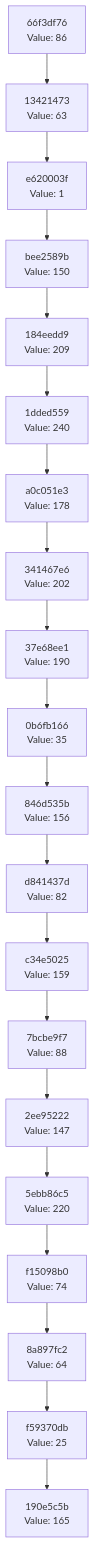
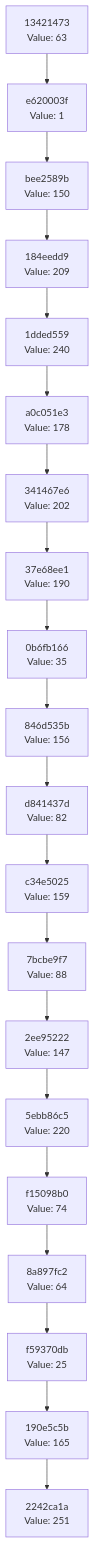
The diagram in docs/CHAIN_VISUALIZATION.md (Abhisheksinha1506/hash-chain-evolver), drawn with Mermaid before and after one commit. The commit also changed 2 other files, not shown here.

Commit message:
Evolution Step

````diff
--- a/docs/CHAIN_VISUALIZATION.md
+++ b/docs/CHAIN_VISUALIZATION.md
@@ -3,42 +3,42 @@
 ```mermaid
 graph TD
-    C0["190e5c5b<br/>Value: 165"]
-    C1["f59370db<br/>Value: 25"]
+    C0["2242ca1a<br/>Value: 251"]
+    C1["190e5c5b<br/>Value: 165"]
     C1 --> C0
-    C2["8a897fc2<br/>Value: 64"]
+    C2["f59370db<br/>Value: 25"]
     C2 --> C1
-    C3["f15098b0<br/>Value: 74"]
+    C3["8a897fc2<br/>Value: 64"]
     C3 --> C2
-    C4["5ebb86c5<br/>Value: 220"]
+    C4["f15098b0<br/>Value: 74"]
     C4 --> C3
-    C5["2ee95222<br/>Value: 147"]
+    C5["5ebb86c5<br/>Value: 220"]
     C5 --> C4
-    C6["7bcbe9f7<br/>Value: 88"]
+    C6["2ee95222<br/>Value: 147"]
     C6 --> C5
-    C7["c34e5025<br/>Value: 159"]
+    C7["7bcbe9f7<br/>Value: 88"]
     C7 --> C6
-    C8["d841437d<br/>Value: 82"]
+    C8["c34e5025<br/>Value: 159"]
     C8 --> C7
-    C9["846d535b<br/>Value: 156"]
+    C9["d841437d<br/>Value: 82"]
     C9 --> C8
-    C10["0b6fb166<br/>Value: 35"]
+    C10["846d535b<br/>Value: 156"]
     C10 --> C9
-    C11["37e68ee1<br/>Value: 190"]
+    C11["0b6fb166<br/>Value: 35"]
     C11 --> C10
-    C12["341467e6<br/>Value: 202"]
+    C12["37e68ee1<br/>Value: 190"]
     C12 --> C11
-    C13["a0c051e3<br/>Value: 178"]
+    C13["341467e6<br/>Value: 202"]
     C13 --> C12
-    C14["1dded559<br/>Value: 240"]
+    C14["a0c051e3<br/>Value: 178"]
     C14 --> C13
-    C15["184eedd9<br/>Value: 209"]
+    C15["1dded559<br/>Value: 240"]
     C15 --> C14
-    C16["bee2589b<br/>Value: 150"]
+    C16["184eedd9<br/>Value: 209"]
     C16 --> C15
-    C17["e620003f<br/>Value: 1"]
+    C17["bee2589b<br/>Value: 150"]
     C17 --> C16
-    C18["13421473<br/>Value: 63"]
+    C18["e620003f<br/>Value: 1"]
     C18 --> C17
-    C19["66f3df76<br/>Value: 86"]
+    C19["13421473<br/>Value: 63"]
     C19 --> C18
 ```
````
